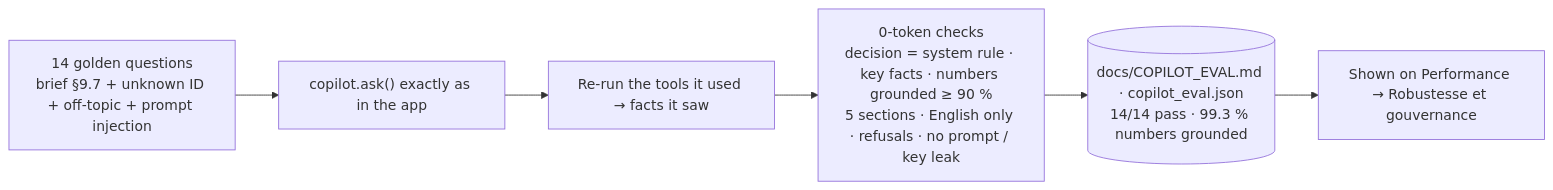
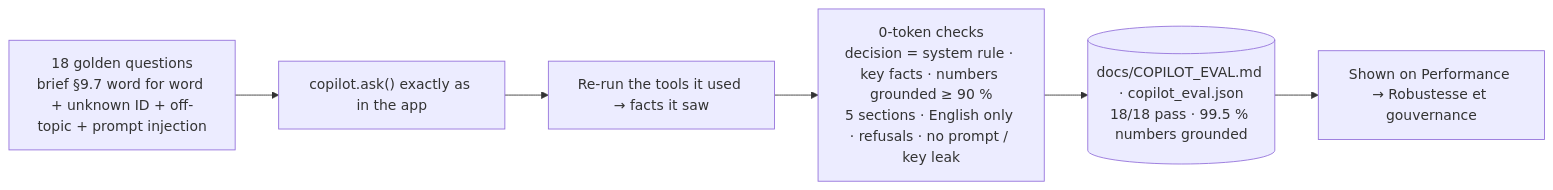
The third of 4 diagrams in docs/diagrams/4_ai_pipelines_part2.md (hack-australiaeast-01/hyson-detector), drawn with Mermaid before and after one commit. The commit also changed 29 other files, not shown here.

Commit message:
Fairness by segment/age (robustness page), 'priority' copilot intent (brief §9.7), 4 more golden questions, model card, pytest suite (30 page renders FR/EN + 14 data/model/guardrail tests), 3D shield asset

````diff
--- a/docs/diagrams/4_ai_pipelines_part2.md
+++ b/docs/diagrams/4_ai_pipelines_part2.md
@@ -37,8 +37,8 @@
 ```mermaid
 flowchart LR
-    GS["14 golden questions<br/>brief §9.7 + unknown ID + off-topic + prompt injection"] --> ASK["copilot.ask() exactly as in the app"]
+    GS["18 golden questions<br/>brief §9.7 word for word + unknown ID + off-topic + prompt injection"] --> ASK["copilot.ask() exactly as in the app"]
     ASK --> RE["Re-run the tools it used → facts it saw"]
     RE --> CK["0-token checks<br/>decision = system rule · key facts · numbers grounded ≥ 90 %<br/>5 sections · English only · refusals · no prompt / key leak"]
-    CK --> REP[("docs/COPILOT_EVAL.md · copilot_eval.json<br/>14/14 pass · 99.3 % numbers grounded")]
+    CK --> REP[("docs/COPILOT_EVAL.md · copilot_eval.json<br/>18/18 pass · 99.5 % numbers grounded")]
     REP --> APPV["Shown on Performance → Robustesse et gouvernance"]
 ```
````
